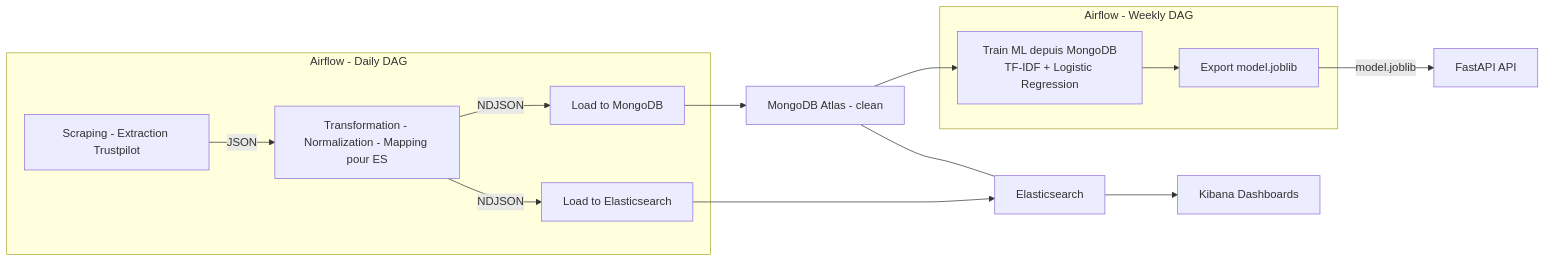
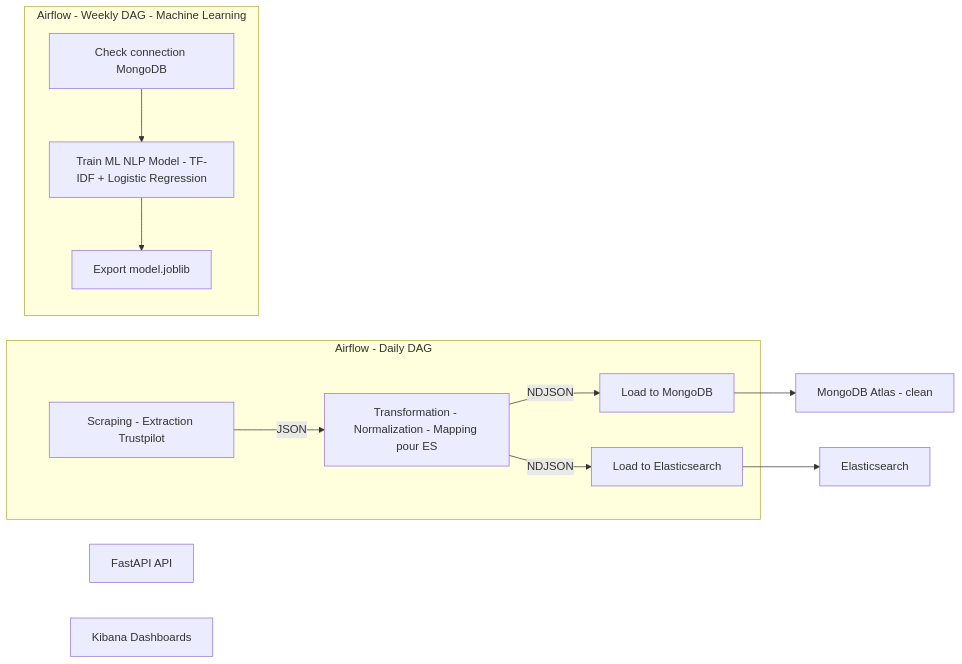
One commit to AbderraoufBou14/trustpilot-sentiment-data-pipeline changed the diagram in README.md. Above: the diagram before and after it, drawn with Mermaid.

Commit message:
Revise Weekly DAG for ML model training process
Updated the Weekly DAG section to include connection checks and revised model training steps.

````diff
--- a/README.md
+++ b/README.md
@@ -27,36 +27,31 @@
 ```mermaid
 flowchart LR
     %% --- Daily DAG: scrape -> transform -> load ES & Mongo ---
     subgraph D[Airflow - Daily DAG]
         D1[Scraping - Extraction Trustpilot]
         D2[Transformation - Normalization - Mapping pour ES]
         D3[Load to MongoDB]
         D4[Load to Elasticsearch]
         D1 --> |JSON| D2
         D2 --> |NDJSON| D3
         D2 --> |NDJSON| D4
     end
 
     %% --- Weekly DAG: train model from MongoDB ---
-    subgraph W[Airflow - Weekly DAG]
-        W1[Train ML depuis MongoDB<br/>TF-IDF + Logistic Regression]
-        W2[Export model.joblib]
-        W1 --> W2
+    subgraph W[Airflow - Weekly DAG - Machine Learning]
+        W1[Check connection MongoDB]
+        W2[Train ML NLP Model - TF-IDF + Logistic Regression]
+        W3[Export model.joblib]
+        W1 --> W2 --> W3
     end
 
     %% --- Storages et services ---
     M[MongoDB Atlas - clean]
     E[Elasticsearch]
     G[FastAPI API]
     K[Kibana Dashboards]
 
-    %% --- Disposition parallèle des bases ---
+    %% --- Flux de données ---
     D3 --> M
     D4 --> E
-    M --> W1
-    W2 --> |model.joblib| G
-    E --> K
-
-    %% --- Alignement visuel ---
-    M --- E
 ```
````
